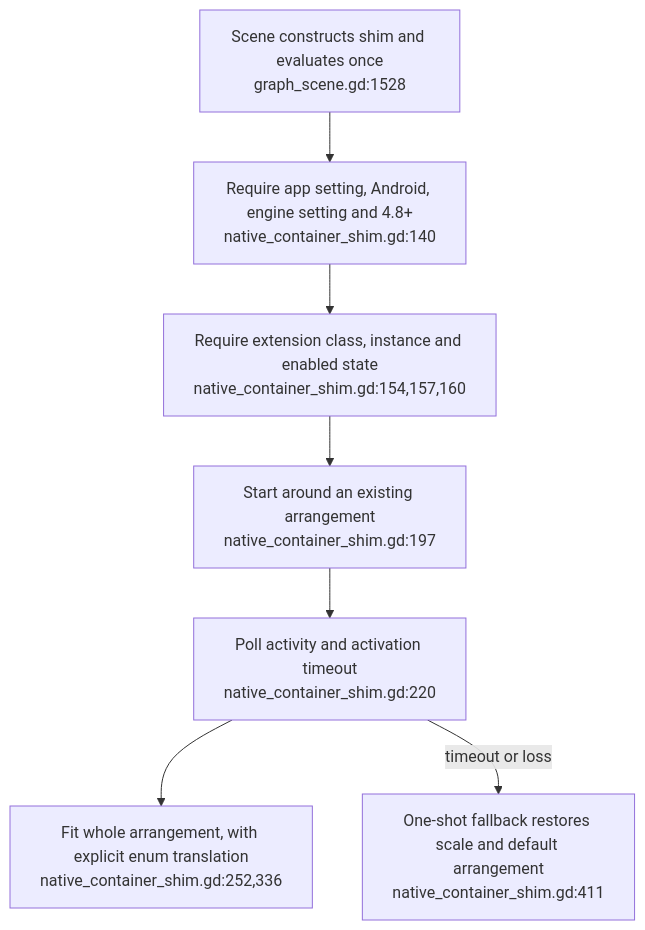
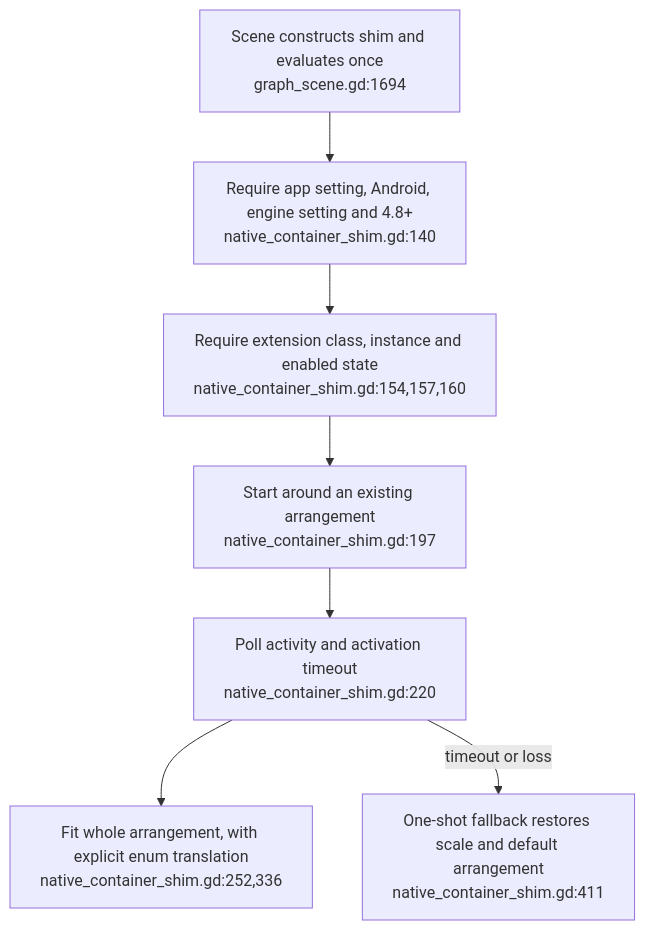
The third of 3 diagrams in docs/diagrams/visionclaw/46-spatial-volume-fit-and-link-budget.md (DreamLab-AI/VisionFlow), drawn with Mermaid before and after one commit. The commit also changed other lines of this file and 56 other files, not shown here.

First line of the commit message:
docs(diagrams): re-verify VisionClaw topics at ec785afa9, add VC-19/56/57 and the VisionClaw register

````diff
--- a/docs/diagrams/visionclaw/46-spatial-volume-fit-and-link-budget.md
+++ b/docs/diagrams/visionclaw/46-spatial-volume-fit-and-link-budget.md
@@ -64,9 +69,9 @@
 ```mermaid
 flowchart TD
-    BOOT["Scene constructs shim and evaluates once<br/>graph_scene.gd:1528"] --> GATE["Require app setting, Android, engine setting and 4.8+<br/>native_container_shim.gd:140"]
+    BOOT["Scene constructs shim and evaluates once<br/>graph_scene.gd:1694"] --> GATE["Require app setting, Android, engine setting and 4.8+<br/>native_container_shim.gd:140"]
     GATE --> EXT["Require extension class, instance and enabled state<br/>native_container_shim.gd:154,157,160"]
     EXT --> START["Start around an existing arrangement<br/>native_container_shim.gd:197"]
     START --> WATCH["Poll activity and activation timeout<br/>native_container_shim.gd:220"]
     WATCH --> FIT["Fit whole arrangement, with explicit enum translation<br/>native_container_shim.gd:252,336"]
     WATCH -->|timeout or loss| FALL["One-shot fallback restores scale and default arrangement<br/>native_container_shim.gd:411"]
 ```
````
